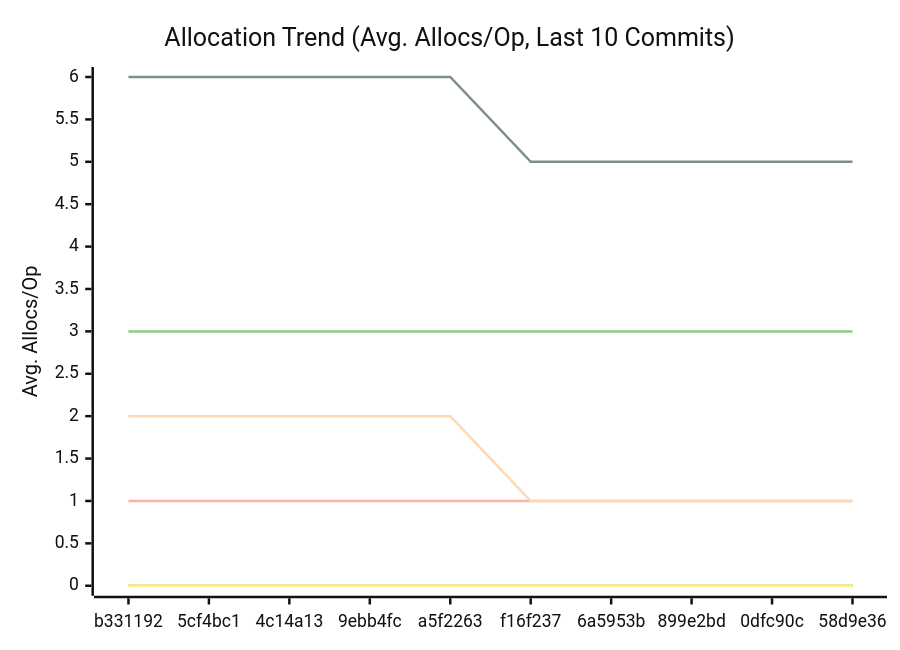
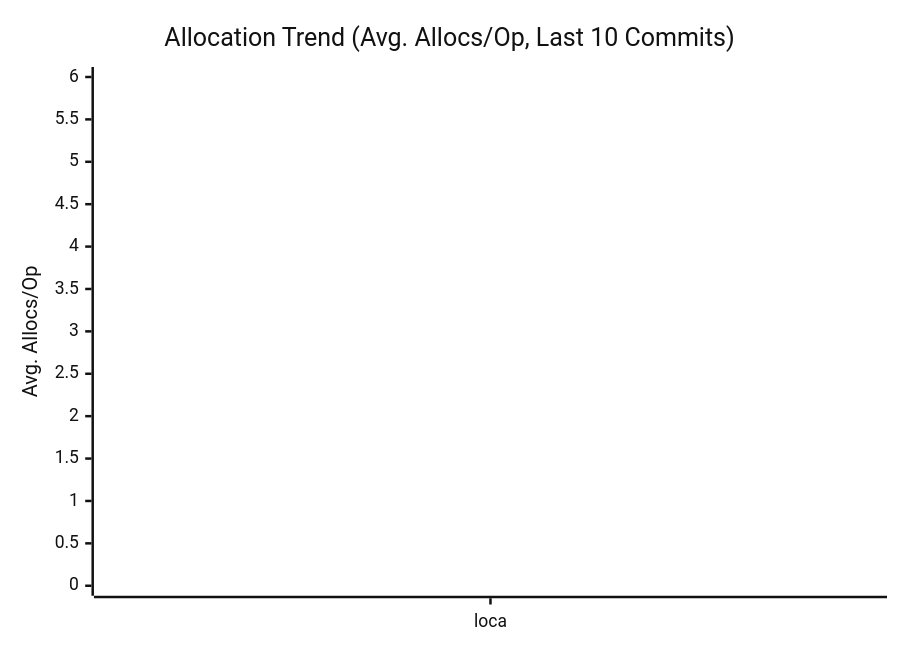
Before and after one commit to alsotoes/momo: the third of 3 diagrams in docs/PERFORMANCE.md, drawn with Mermaid (neutral theme). The commit also changed other lines of this file and 14 other files, not shown here.

````diff
--- a/docs/PERFORMANCE.md
+++ b/docs/PERFORMANCE.md
@@ -114,16 +114,16 @@
 ```mermaid
 xychart-beta
     title "Allocation Trend (Avg. Allocs/Op, Last 10 Commits)"
     x-axis "Commit"
     y-axis "Avg. Allocs/Op"
-    x-axis [b331192,5cf4bc1,4c14a13,9ebb4fc,a5f2263,f16f237,6a5953b,899e2bd,0dfc90c,58d9e36]
+    x-axis [loca]
     line "CheckMetricsAndSwap" [0,0,0,0,0,0,0,0,0,0]
     line "CrushOptimized" [0,0,0,0,0,0,0,0,0,0]
     line "CrushOriginal" [3,3,3,3,3,3,3,3,3,3]
     line "IndexDirectTracking" [0,0,0,0,0,0,0,0,0,0]
     line "IndexSearch" [0,0,0,0,0,0,0,0,0,0]
     line "LoadGlobalConfig" [1,1,1,1,1,1,1,1,1,1]
     line "PadString" [0,0,0,0,0,0,0,0,0,0]
     line "ParseReplicationOrder_NoPrealloc" [6,6,6,6,6,5,5,5,5,5]
     line "ParseReplicationOrder_Prealloc" [2,2,2,2,2,1,1,1,1,1]
 ```
````
